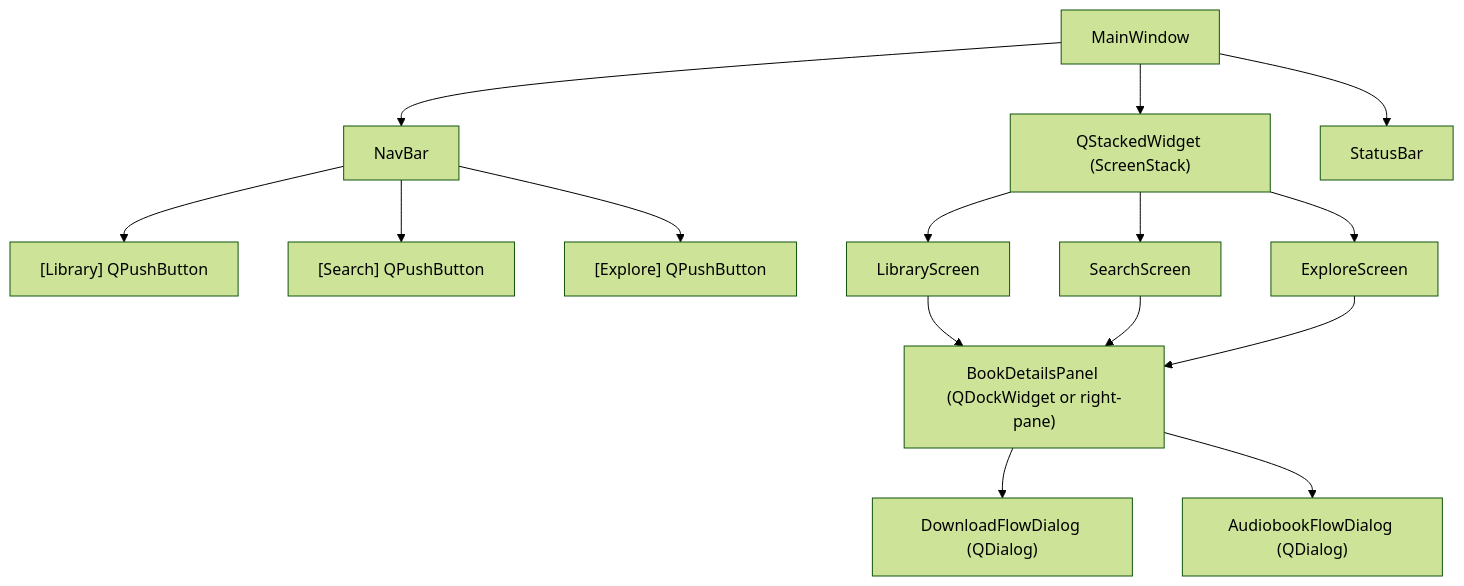
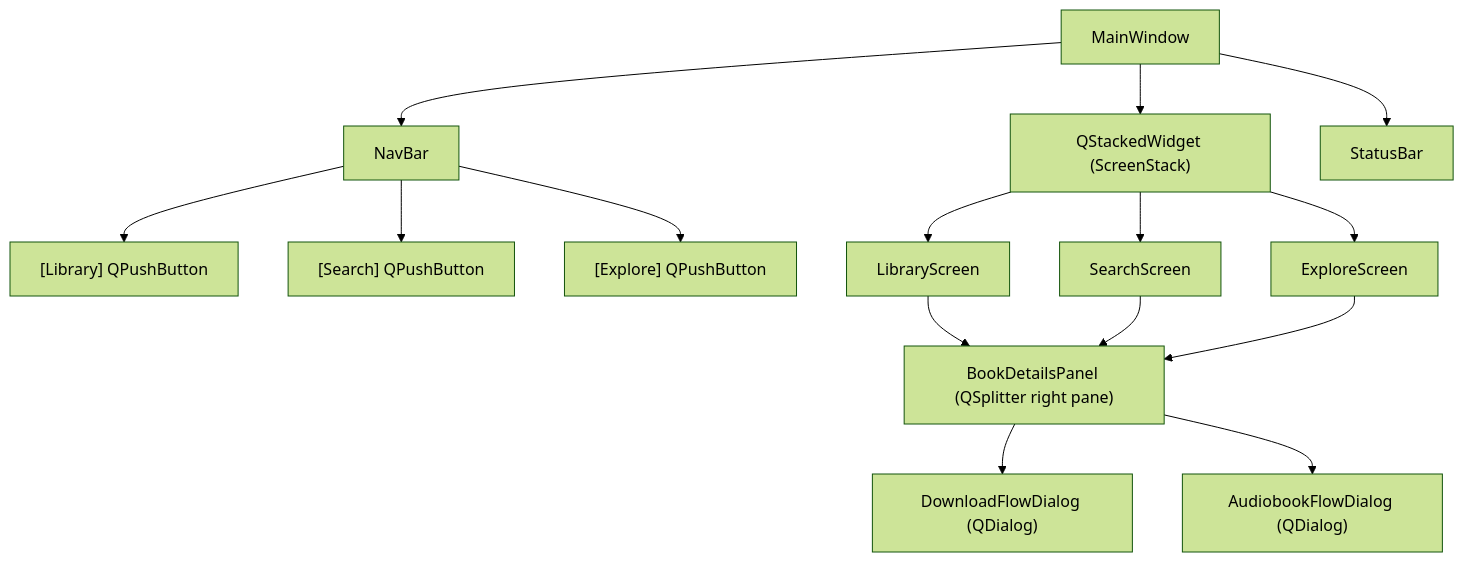
Before and after one commit to david-wies/Book-App: the first of 7 diagrams in docs/design/gui-design-spec.md, drawn with Mermaid (forest theme). The commit also changed other lines of this file and 34 other files, not shown here.

````diff
--- a/docs/design/gui-design-spec.md
+++ b/docs/design/gui-design-spec.md
@@ -48,21 +48,21 @@
 ```mermaid
 graph TD
   MainWindow --> NavBar
   MainWindow --> ScreenStack["QStackedWidget (ScreenStack)"]
   MainWindow --> StatusBar
 
   NavBar --> LibraryTab["[Library] QPushButton"]
   NavBar --> SearchTab["[Search] QPushButton"]
   NavBar --> ExploreTab["[Explore] QPushButton"]
 
   ScreenStack --> LibraryScreen
   ScreenStack --> SearchScreen
   ScreenStack --> ExploreScreen
 
-  LibraryScreen --> BookDetailsPanel["BookDetailsPanel (QDockWidget or right-pane)"]
+  LibraryScreen --> BookDetailsPanel["BookDetailsPanel (QSplitter right pane)"]
   SearchScreen --> BookDetailsPanel
   ExploreScreen --> BookDetailsPanel
 
   BookDetailsPanel --> DownloadDialog["DownloadFlowDialog (QDialog)"]
   BookDetailsPanel --> AudiobookDialog["AudiobookFlowDialog (QDialog)"]
 ```
````
